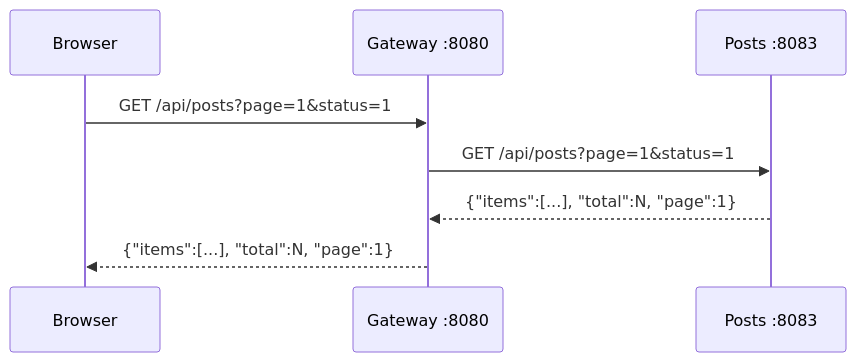
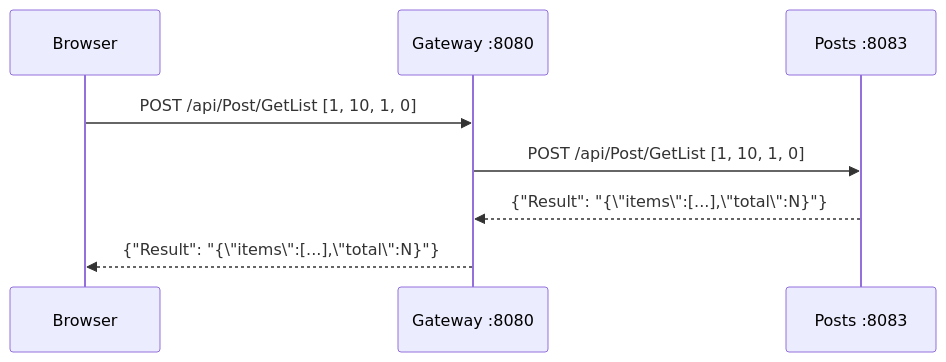
Before and after one commit to sakura1977/mormot2-microservices-blog-sample: the second of 9 diagrams in architecture.md, drawn with Mermaid. The commit also changed other lines of this file and 5 other files, not shown here.

````diff
--- a/architecture.md
+++ b/architecture.md
@@ -83,11 +104,11 @@
 ```mermaid
 sequenceDiagram
     participant B as Browser
     participant GW as Gateway :8080
     participant P as Posts :8083
 
-    B->>GW: GET /api/posts?page=1&status=1
-    GW->>P: GET /api/posts?page=1&status=1
-    P-->>GW: {"items":[...], "total":N, "page":1}
-    GW-->>B: {"items":[...], "total":N, "page":1}
+    B->>GW: POST /api/Post/GetList [1, 10, 1, 0]
+    GW->>P: POST /api/Post/GetList [1, 10, 1, 0]
+    P-->>GW: {"Result": "{\"items\":[...],\"total\":N}"}
+    GW-->>B: {"Result": "{\"items\":[...],\"total\":N}"}
 ```
````
